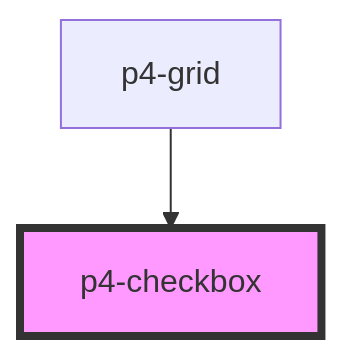
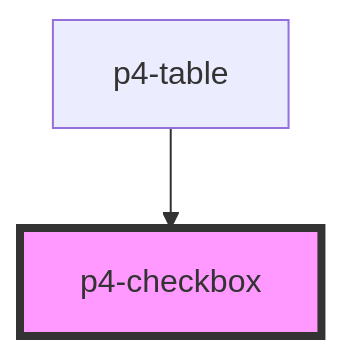
Before and after one commit to goatui/components: the diagram in src/components/p4-checkbox/readme.md, drawn with Mermaid. The commit also changed other lines of this file and 110 other files, not shown here.

````diff
--- a/src/components/p4-checkbox/readme.md
+++ b/src/components/p4-checkbox/readme.md
@@ -34,5 +34,5 @@
 ```mermaid
 graph TD;
-  p4-grid --> p4-checkbox
+  p4-table --> p4-checkbox
   style p4-checkbox fill:#f9f,stroke:#333,stroke-width:4px
 ```
````
